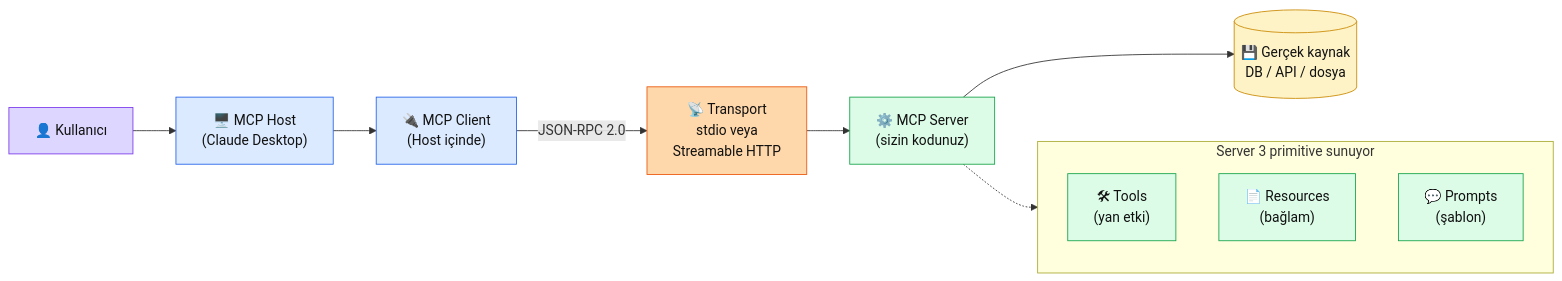
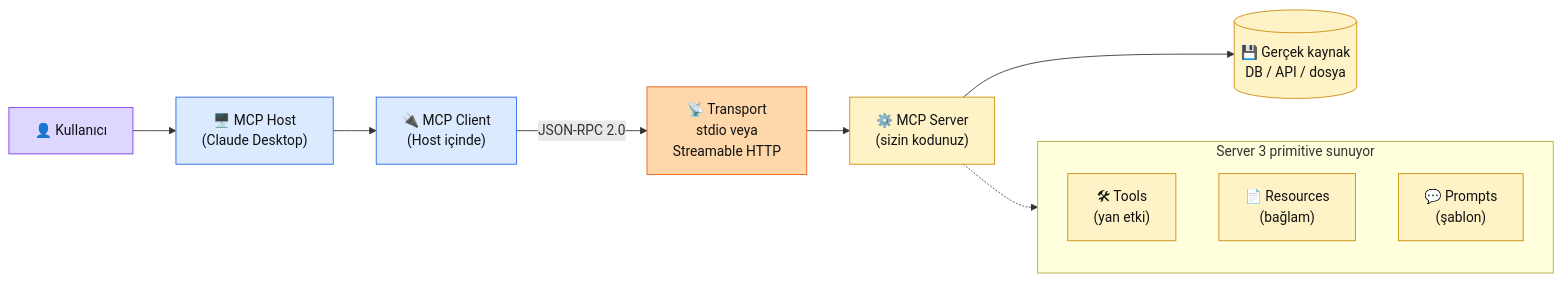
The diagram in docs/bolum-6/03-mcp.md (KemalG-u/muhendisal-platform), drawn with Mermaid before and after one commit. The commit also changed other lines of this file and 20 other files, not shown here.

````diff
--- a/docs/bolum-6/03-mcp.md
+++ b/docs/bolum-6/03-mcp.md
@@ -38,35 +39,35 @@
 ```mermaid
 flowchart LR
   U["👤 Kullanıcı"]
   HOST["🖥️ MCP Host\n(Claude Desktop)"]
   CLIENT["🔌 MCP Client\n(Host içinde)"]
   TRANS["📡 Transport\nstdio veya\nStreamable HTTP"]
   SERVER["⚙️ MCP Server\n(sizin kodunuz)"]
   BACKEND[("💾 Gerçek kaynak\nDB / API / dosya")]
 
   U --> HOST
   HOST --> CLIENT
   CLIENT -->|"JSON-RPC 2.0"| TRANS
   TRANS --> SERVER
   SERVER --> BACKEND
 
   subgraph prim["Server 3 primitive sunuyor"]
     direction TB
     T["🛠 Tools\n(yan etki)"]
     R["📄 Resources\n(bağlam)"]
     P["💬 Prompts\n(şablon)"]
   end
 
   SERVER -.-> prim
 
   classDef user fill:#ddd6fe,stroke:#7c3aed,color:#111
   classDef host fill:#dbeafe,stroke:#2563eb,color:#111
   classDef wire fill:#fed7aa,stroke:#ea580c,color:#111
-  classDef server fill:#dcfce7,stroke:#16a34a,color:#111
+  classDef server fill:#fef3c7,stroke:#ca8a04,color:#111
   classDef data fill:#fef3c7,stroke:#ca8a04,color:#111
   class U user
   class HOST,CLIENT host
   class TRANS wire
   class SERVER,T,R,P server
   class BACKEND data
 ```
````
